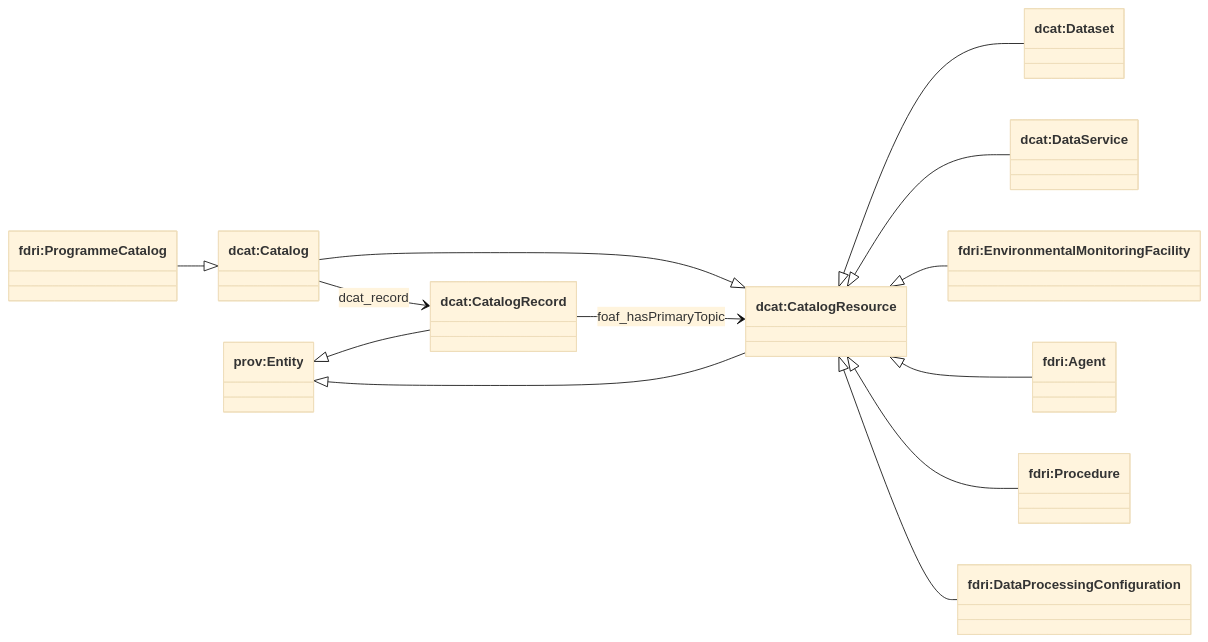
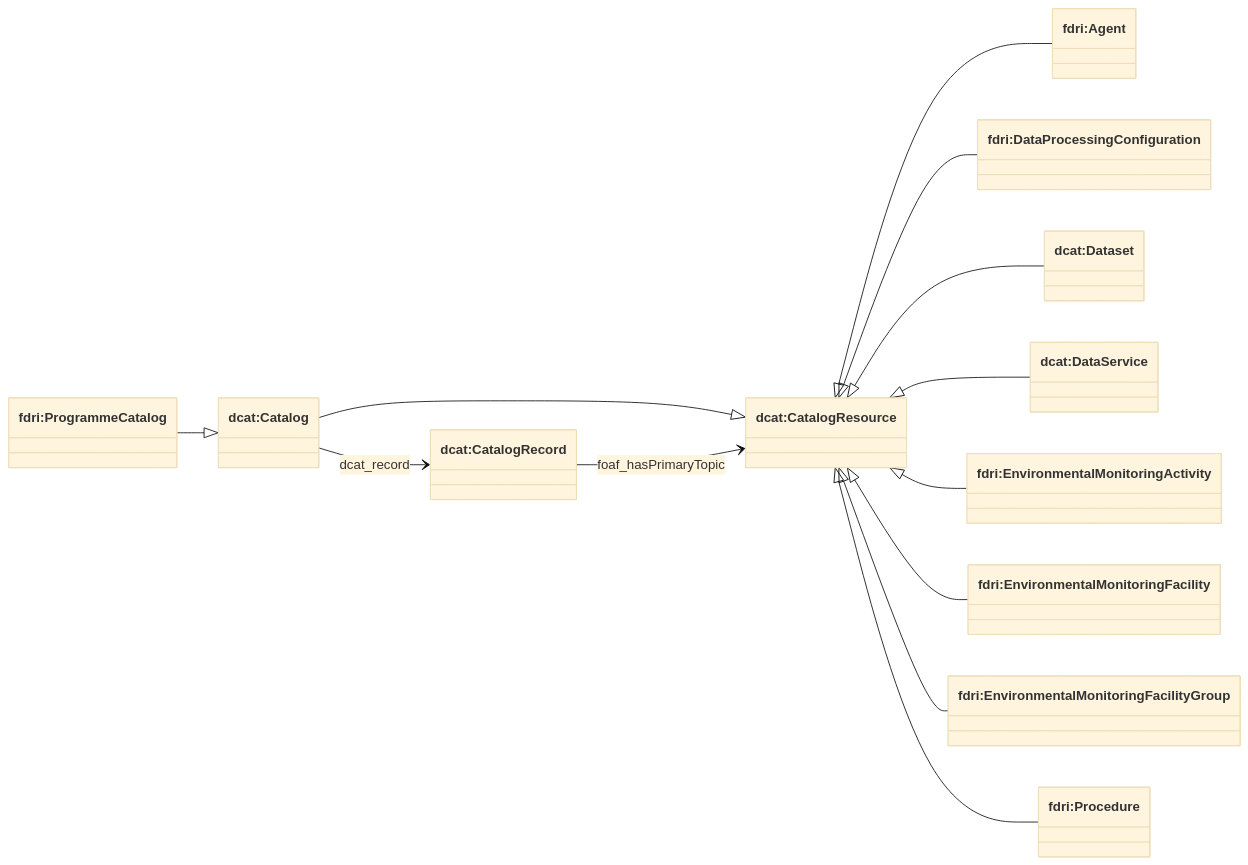
Before and after one commit to NERC-CEH/fdri-ontology: the first of 3 diagrams in doc/high-level-catalog-structure.md, drawn with Mermaid (base theme). The commit also changed other lines of this file and 9 other files, not shown here.

````diff
--- a/doc/high-level-catalog-structure.md
+++ b/doc/high-level-catalog-structure.md
@@ -14,28 +13,29 @@
 ```mermaid
 classDiagram
 direction LR
   class ProgrammeCatalog["fdri:ProgrammeCatalog"]
   class Catalog["dcat:Catalog"]
   class CatalogRecord["dcat:CatalogRecord"]
   class CatalogResource["dcat:CatalogResource"]
-  class Entity["prov:Entity"]
   class Facility["fdri:EnvironmentalMonitoringFacility"]
+  class FacilityGroup["fdri:EnvironmentalMonitoringFacilityGroup"]
   class DataService["dcat:DataService"]
   class Dataset["dcat:Dataset"]
   class Agent["fdri:Agent"]
+  class Activity["fdri:EnvironmentalMonitoringActivity"]
   class DataProcessingConfiguration["fdri:DataProcessingConfiguration"]
   class Procedure["fdri:Procedure"]
 
   ProgrammeCatalog--|> Catalog
   Catalog --|> CatalogResource
-  Entity <|-- CatalogRecord
-  Entity <|-- CatalogResource
   Catalog --> CatalogRecord : dcat_record
   CatalogRecord --> CatalogResource: foaf_hasPrimaryTopic
+  CatalogResource <|-- Agent
+  CatalogResource <|-- DataProcessingConfiguration
   CatalogResource <|-- Dataset
   CatalogResource <|-- DataService
+  CatalogResource <|-- Activity
   CatalogResource <|-- Facility
-  CatalogResource <|-- Agent
+  CatalogResource <|-- FacilityGroup
   CatalogResource <|-- Procedure
-  CatalogResource <|-- DataProcessingConfiguration
 ```
````
